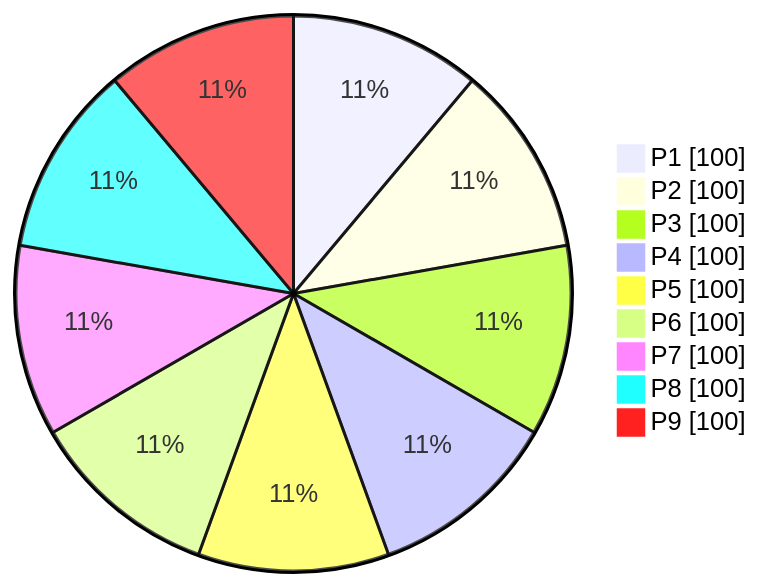
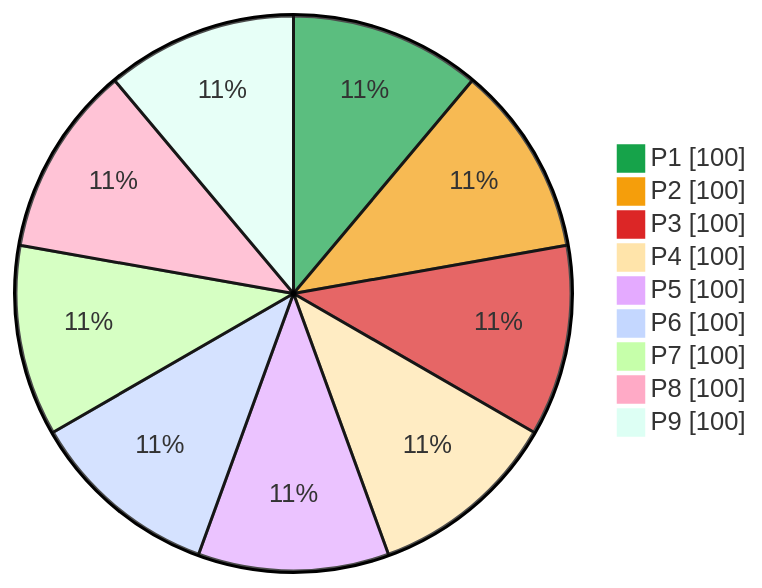
Before and after one commit to Azrea-Shade/Trader-Forge: the diagram in PHASES-1-9_Debugging_Progress.md, drawn with Mermaid. The commit also changed other lines of this file, not shown here.

Commit message:
docs(dashboard): MAIN 85% (CI 70%), per-phase bars + pie, TODOs — run 17701687602

````diff
--- a/PHASES-1-9_Debugging_Progress.md
+++ b/PHASES-1-9_Debugging_Progress.md
@@ -22,12 +25,13 @@
 ```mermaid
+%%{init: {'theme':'base','themeVariables':{'pie1':'#16a34a','pie2':'#f59e0b','pie3':'#dc2626','fontFamily':'Inter'}}}%%
 pie showData
   "P1" : 100
   "P2" : 100
   "P3" : 100
   "P4" : 100
   "P5" : 100
   "P6" : 100
   "P7" : 100
   "P8" : 100
   "P9" : 100
 ```
````
